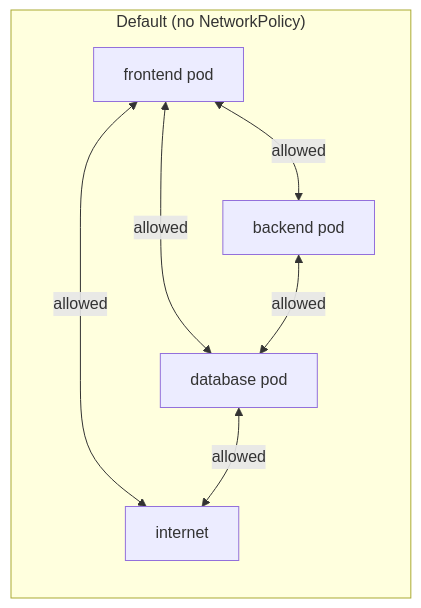
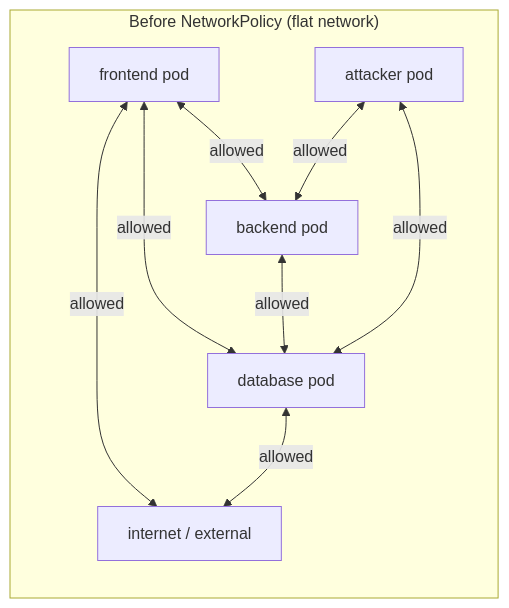
The first of 7 diagrams in 09_security/02_network_policies.md (UncleJS/course_k3s), drawn with Mermaid before and after one commit. The commit also changed other lines of this file and 45 other files, not shown here.

First line of the commit message:
Expand all course lessons: Mermaid diagrams + rich prose across 43 files

````diff
--- a/09_security/02_network_policies.md
+++ b/09_security/02_network_policies.md
@@ -40,10 +55,12 @@
 ```mermaid
-flowchart LR
-    subgraph "Default (no NetworkPolicy)"
-        FE[frontend pod] <-->|allowed| BE[backend pod]
-        FE <-->|allowed| DB[database pod]
-        BE <-->|allowed| DB
-        FE <-->|allowed| EXT[internet]
-        DB <-->|allowed| EXT
+graph LR
+    subgraph "Before NetworkPolicy (flat network)"
+        FE["frontend pod"] <-->|"allowed"| BE["backend pod"]
+        FE <-->|"allowed"| DB["database pod"]
+        BE <-->|"allowed"| DB
+        FE <-->|"allowed"| EXT["internet / external"]
+        DB <-->|"allowed"| EXT
+        ATTK["attacker pod"] <-->|"allowed"| DB
+        ATTK <-->|"allowed"| BE
     end
 ```
````
